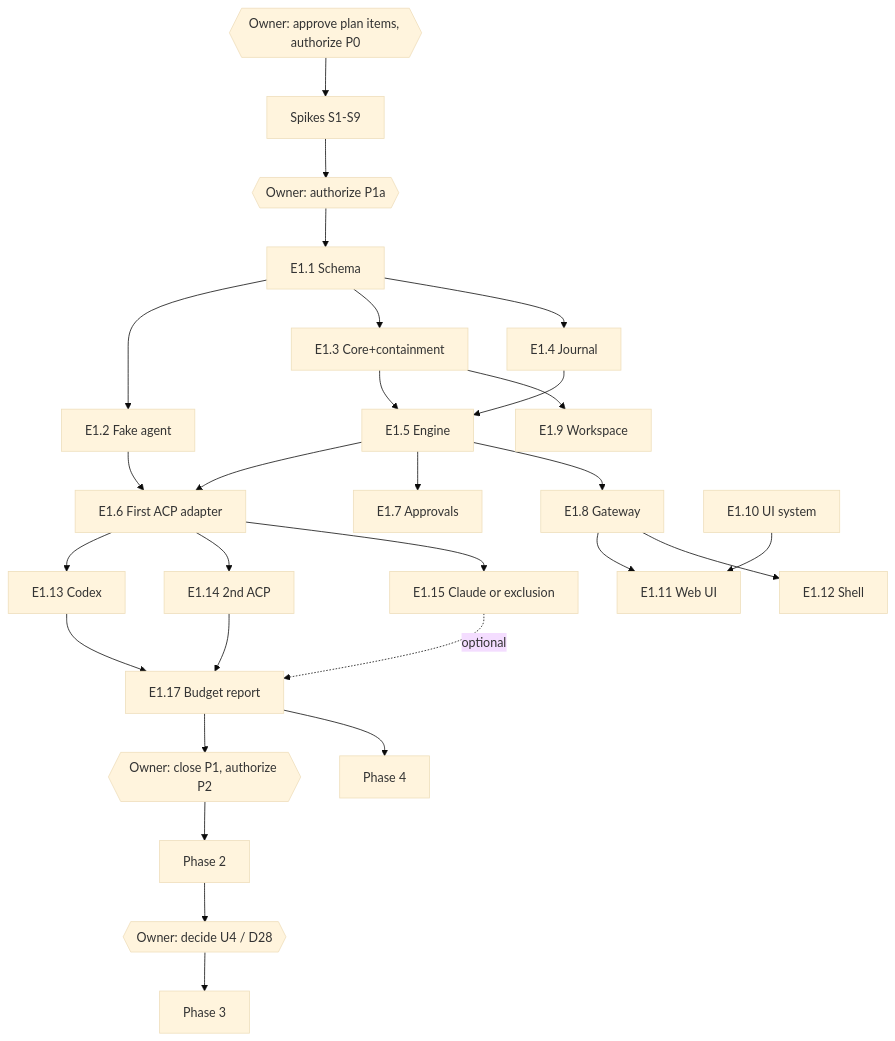
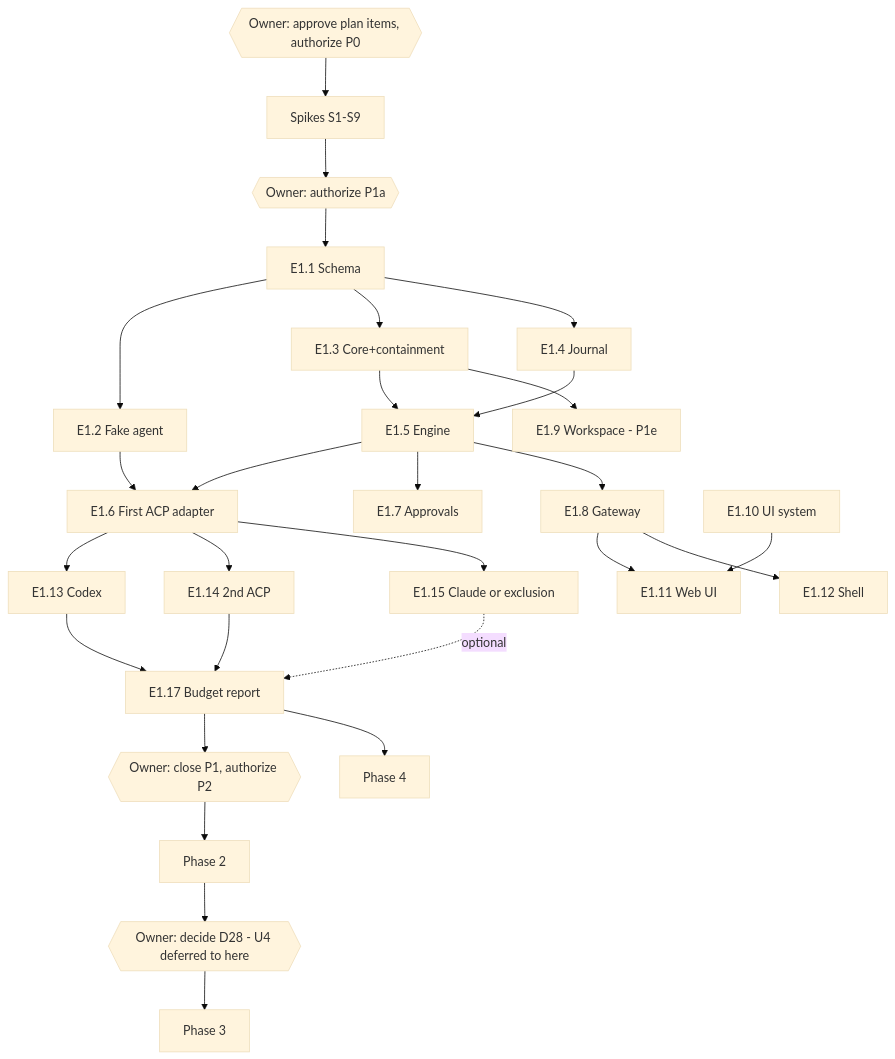
The diagram in planning/10-roadmap-and-backlog.md (ForkHorizon/Shardrail), drawn with Mermaid (base theme) before and after one commit. The commit also changed other lines of this file and 19 other files, not shown here.

````diff
--- a/planning/10-roadmap-and-backlog.md
+++ b/planning/10-roadmap-and-backlog.md
@@ -95,19 +115,19 @@
 ```mermaid
 flowchart TD
   G0{{Owner: approve plan items, authorize P0}} --> P0[Spikes S1-S9]
   P0 --> G1{{Owner: authorize P1a}}
   G1 --> E11[E1.1 Schema]
   E11 --> E12[E1.2 Fake agent] & E13[E1.3 Core+containment] & E14[E1.4 Journal]
   E13 & E14 --> E15[E1.5 Engine]
   E12 & E15 --> E16[E1.6 First ACP adapter]
   E15 --> E17[E1.7 Approvals] & E18[E1.8 Gateway]
-  E13 --> E19[E1.9 Workspace]
+  E13 --> E19[E1.9 Workspace - P1e]
   E110[E1.10 UI system] --> E111[E1.11 Web UI]
   E18 --> E111 & E112[E1.12 Shell]
   E16 --> E113[E1.13 Codex] & E114[E1.14 2nd ACP] & E115[E1.15 Claude or exclusion]
   E113 & E114 --> E117[E1.17 Budget report]
   E115 -. optional .-> E117
   E117 --> G2{{Owner: close P1, authorize P2}} --> P2[Phase 2]
-  P2 --> G3{{Owner: decide U4 / D28}} --> P3[Phase 3]
+  P2 --> G3{{Owner: decide D28 - U4 deferred to here}} --> P3[Phase 3]
   E117 --> P4[Phase 4]
 ```
````
